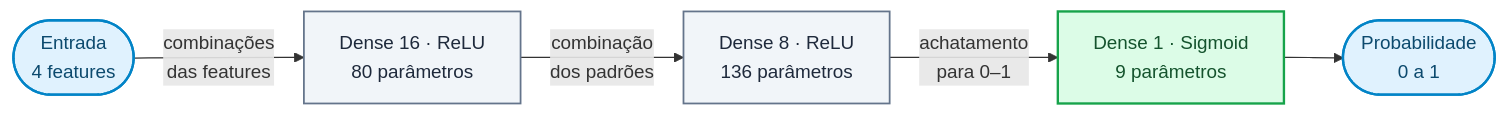
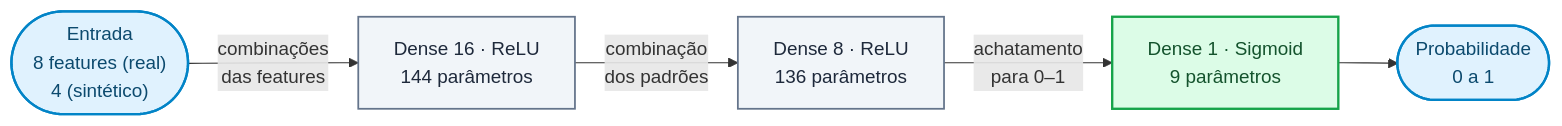
The second of 4 diagrams in README.md (Felps03/tfjs-credit-risk-classifier), drawn with Mermaid before and after one commit. The commit also changed other lines of this file and 1 other file, not shown here.

````diff
--- a/README.md
+++ b/README.md
@@ -596,21 +596,21 @@
 ```mermaid
 flowchart LR
-    I(["Entrada<br/>4 features"])
-    H1["Dense 16 · ReLU<br/>80 parâmetros"]
+    I(["Entrada<br/>8 features (real)<br/>4 (sintético)"])
+    H1["Dense 16 · ReLU<br/>144 parâmetros"]
     H2["Dense 8 · ReLU<br/>136 parâmetros"]
     O["Dense 1 · Sigmoid<br/>9 parâmetros"]
     P(["Probabilidade<br/>0 a 1"])
 
     I -->|"combinações<br/>das features"| H1
     H1 -->|"combinação<br/>dos padrões"| H2
     H2 -->|"achatamento<br/>para 0–1"| O
     O --> P
 
     classDef io     fill:#e0f2fe,stroke:#0284c7,stroke-width:2px,color:#0c4a6e
     classDef hidden fill:#f1f5f9,stroke:#64748b,stroke-width:1.5px,color:#1e293b
     classDef out    fill:#dcfce7,stroke:#16a34a,stroke-width:2px,color:#14532d
 
     class I,P io
     class H1,H2 hidden
     class O out
 ```
````
